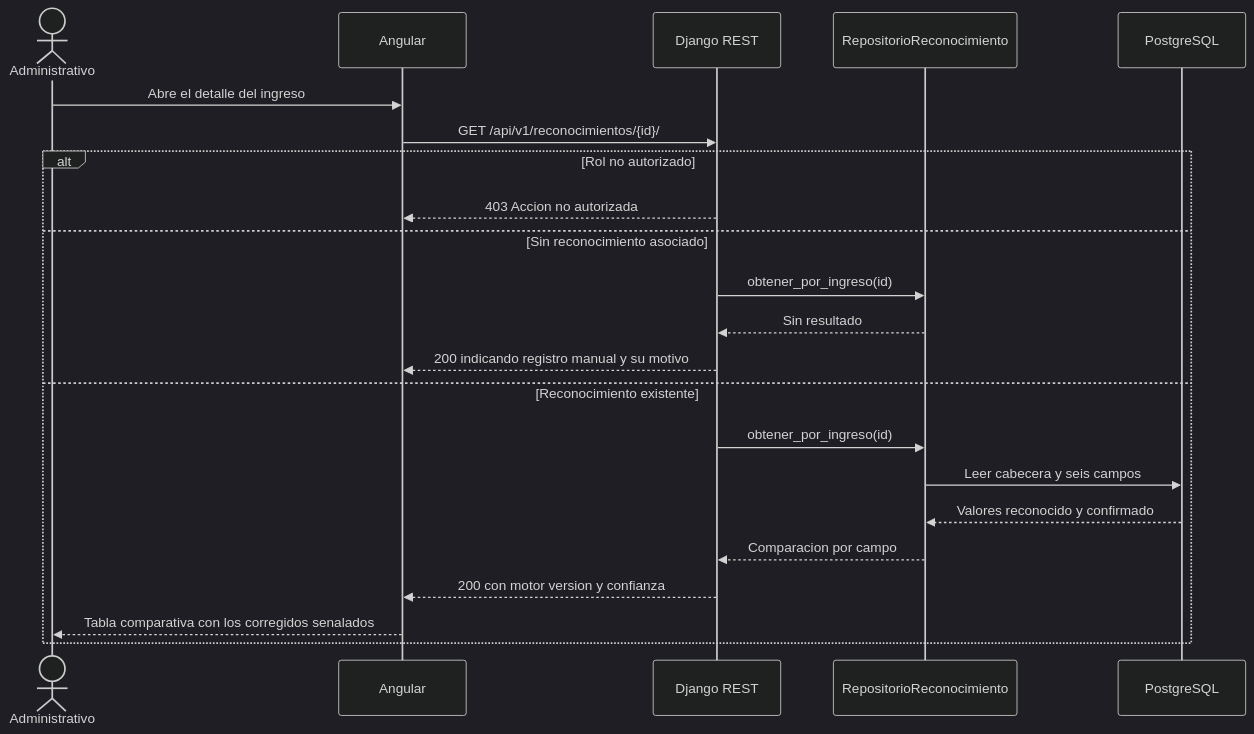
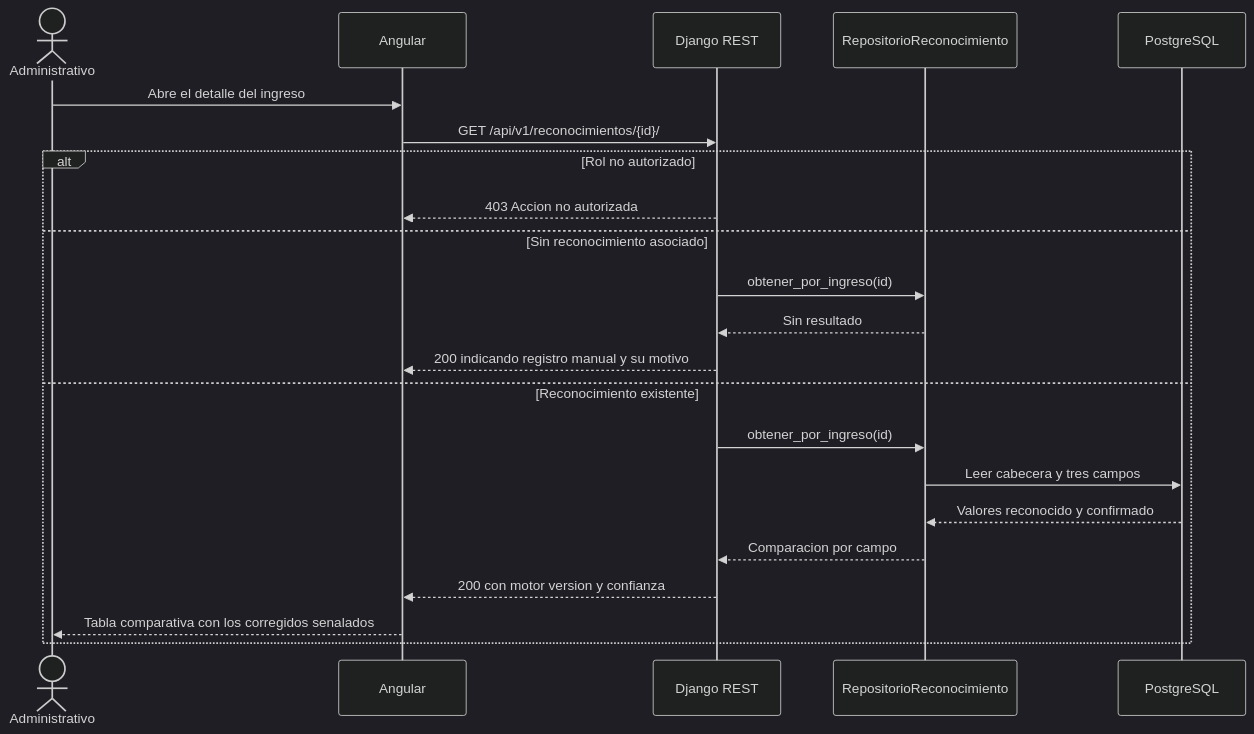
Before and after one commit to adlerOmonte1/LogisticaMinera: the third of 3 diagrams in docs/modulos/M04-reconocimiento/diagramas/secuencia.md, drawn with Mermaid (dark theme). The commit also changed other lines of this file and 91 other files, not shown here.

````diff
--- a/docs/modulos/M04-reconocimiento/diagramas/secuencia.md
+++ b/docs/modulos/M04-reconocimiento/diagramas/secuencia.md
@@ -65,26 +65,26 @@
 ```mermaid
 sequenceDiagram
     actor A as Administrativo
     participant NG as Angular
     participant API as Django REST
     participant REP as RepositorioReconocimiento
     participant DB as PostgreSQL
 
     A->>NG: Abre el detalle del ingreso
     NG->>API: GET /api/v1/reconocimientos/{id}/
 
     alt Rol no autorizado
         API-->>NG: 403 Accion no autorizada
     else Sin reconocimiento asociado
         API->>REP: obtener_por_ingreso(id)
         REP-->>API: Sin resultado
         API-->>NG: 200 indicando registro manual y su motivo
     else Reconocimiento existente
         API->>REP: obtener_por_ingreso(id)
-        REP->>DB: Leer cabecera y seis campos
+        REP->>DB: Leer cabecera y tres campos
         DB-->>REP: Valores reconocido y confirmado
         REP-->>API: Comparacion por campo
         API-->>NG: 200 con motor version y confianza
         NG-->>A: Tabla comparativa con los corregidos senalados
     end
 ```
````
